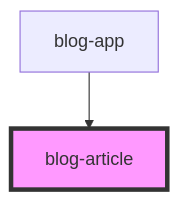
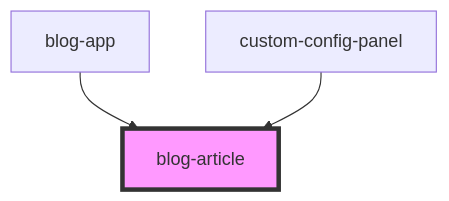
Before and after one commit to lucidworks/grid-builder-poc: the diagram in stencil-grid-builder/src/demo/components/blog-article/readme.md, drawn with Mermaid. The commit also changed other lines of this file and 12 other files, not shown here.

````diff
--- a/stencil-grid-builder/src/demo/components/blog-article/readme.md
+++ b/stencil-grid-builder/src/demo/components/blog-article/readme.md
@@ -24,5 +25,6 @@
 ```mermaid
 graph TD;
   blog-app --> blog-article
+  custom-config-panel --> blog-article
   style blog-article fill:#f9f,stroke:#333,stroke-width:4px
 ```
````
